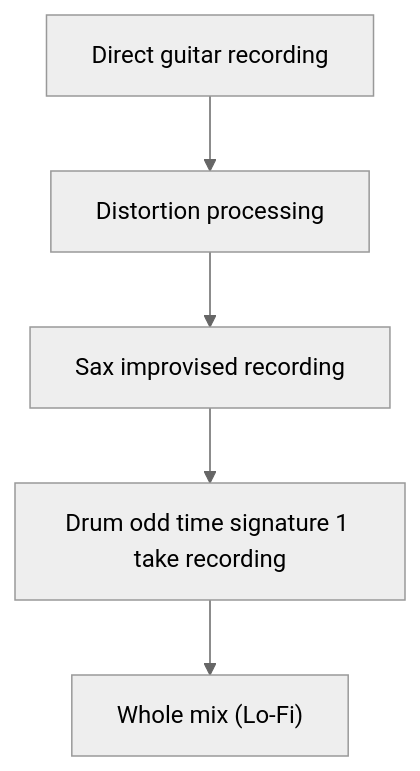
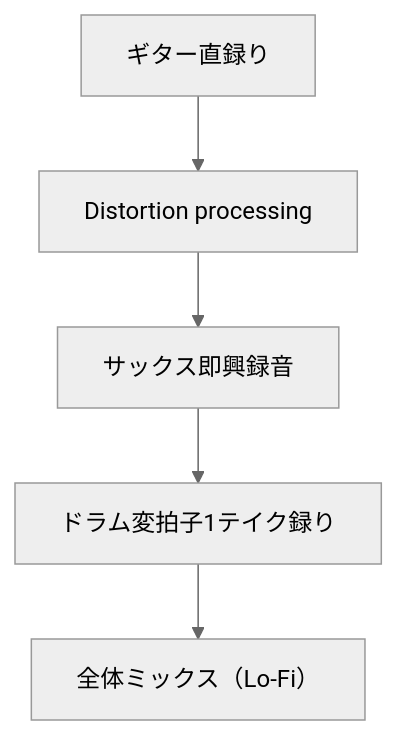
The first of 18 diagrams in en/_posts/2025-11-22-column-butthole-surfers.md (monumental-movement/monumental-movement.github.io), drawn with Mermaid (neutral theme) before and after one commit. The commit also changed other lines of this file and 2196 other files, not shown here.

```diff
--- a/en/_posts/2025-11-22-column-butthole-surfers.md
+++ b/en/_posts/2025-11-22-column-butthole-surfers.md
@@ -84,7 +83,7 @@
 <div class="mermaid">
 flowchart TD
-    A["Direct guitar recording"] --> B["Distortion processing"]
-    B --> C["Sax improvised recording"]
-    C --> D["Drum odd time signature 1 take recording"]
-    D --> E["Whole mix (Lo-Fi)"]
+    A["ギター直録り"] --> B["Distortion processing"]
+    B --> C["サックス即興録音"]
+    C --> D["ドラム変拍子1テイク録り"]
+    D --> E["全体ミックス（Lo-Fi）"]
 </div>
```
